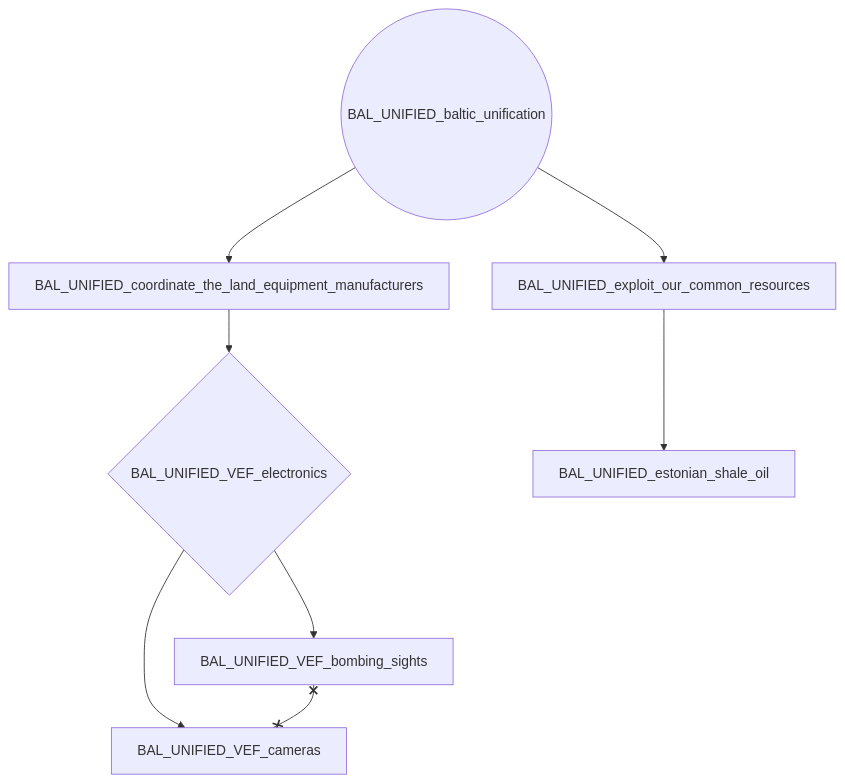
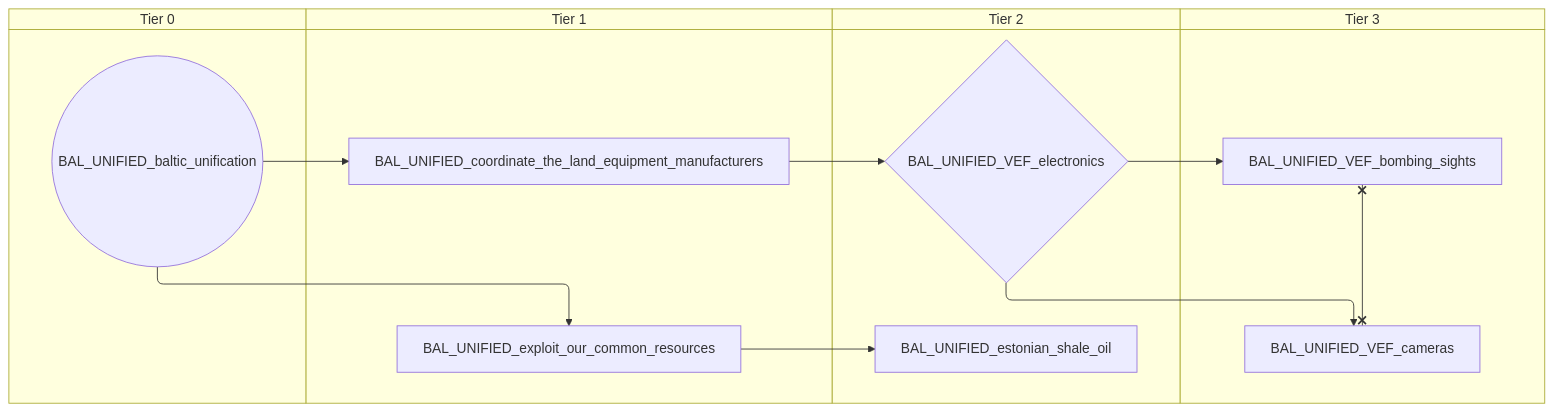
One commit to evgeny-sobol/hoi4-sandbox-mode-r56 changed the diagram in docs/gdd/National Focuses/r56_baltic_shared.md. Above: the diagram before and after it, drawn with Mermaid. The commit also changed 423 other files, not shown here.

First line of the commit message:
Re-export Rt56 focus trees as swimlane diagrams

````diff
--- a/docs/gdd/National Focuses/r56_baltic_shared.md
+++ b/docs/gdd/National Focuses/r56_baltic_shared.md
@@ -3,17 +3,25 @@
 ```mermaid
-flowchart TD
-    n1["BAL_UNIFIED_VEF_bombing_sights"]
-    n2["BAL_UNIFIED_VEF_cameras"]
-    n3{"BAL_UNIFIED_VEF_electronics"}
-    n4(("BAL_UNIFIED_baltic_unification"))
-    n5["BAL_UNIFIED_coordinate_the_land_equipment_manufacturers"]
-    n6["BAL_UNIFIED_estonian_shale_oil"]
-    n7["BAL_UNIFIED_exploit_our_common_resources"]
-    n3 --> n1
-    n3 --> n2
-    n5 --> n3
-    n4 --> n5
-    n7 --> n6
+swimlane-beta TD
+    subgraph tier_0["Tier 0"]
+        n1(("BAL_UNIFIED_baltic_unification"))
+    end
+    subgraph tier_1["Tier 1"]
+        n2["BAL_UNIFIED_coordinate_the_land_equipment_manufacturers"]
+        n3["BAL_UNIFIED_exploit_our_common_resources"]
+    end
+    subgraph tier_2["Tier 2"]
+        n4{"BAL_UNIFIED_VEF_electronics"}
+        n5["BAL_UNIFIED_estonian_shale_oil"]
+    end
+    subgraph tier_3["Tier 3"]
+        n6["BAL_UNIFIED_VEF_bombing_sights"]
+        n7["BAL_UNIFIED_VEF_cameras"]
+    end
+    n4 --> n6
     n4 --> n7
-    n1 x--x n2
+    n2 --> n4
+    n1 --> n2
+    n3 --> n5
+    n1 --> n3
+    n6 x--x n7
 ```
````
